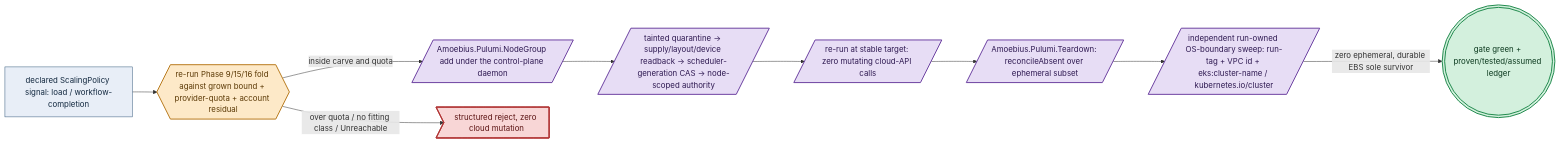
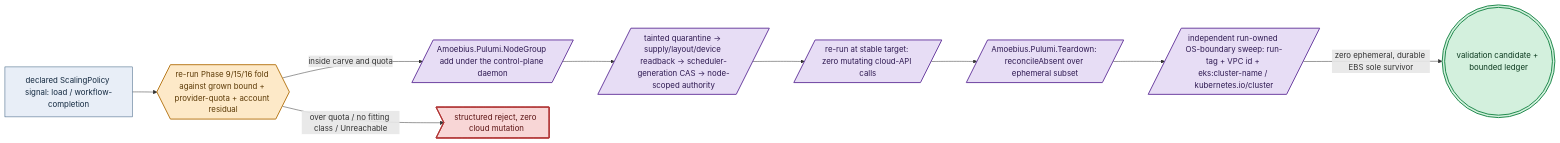
The diagram in DEVELOPMENT_PLAN/phase_79_provider_dynamic_nodes.md (Tuee22/amoebius), drawn with Mermaid before and after one commit. The commit also changed other lines of this file and 219 other files, not shown here.

````diff
--- a/DEVELOPMENT_PLAN/phase_79_provider_dynamic_nodes.md
+++ b/DEVELOPMENT_PLAN/phase_79_provider_dynamic_nodes.md
@@ -134,17 +102,17 @@
 ```mermaid
 flowchart LR
 %% register: algebra
   signal["declared ScalingPolicy signal: load / workflow-completion"]:::intent --> fold{{"re-run Phase 9/15/16 fold against grown bound + provider-quota + account residual"}}:::gate
   fold -->|inside carve and quota| enact[/"Amoebius.Pulumi.NodeGroup add under the control-plane daemon"/]:::effect
   fold -->|over quota / no fitting class / Unreachable| refuse>"structured reject, zero cloud mutation"]:::refuse
   enact --> join[/"tainted quarantine → supply/layout/device readback → scheduler-generation CAS → node-scoped authority"/]:::effect
   join --> noop[/"re-run at stable target: zero mutating cloud-API calls"/]:::effect
   noop --> teardown[/"Amoebius.Pulumi.Teardown: reconcileAbsent over ephemeral subset"/]:::effect
   teardown --> sweep[/"independent run-owned OS-boundary sweep: run-tag + VPC id + eks:cluster-name / kubernetes.io/cluster"/]:::effect
-  sweep -->|zero ephemeral, durable EBS sole survivor| green((("gate green + proven/tested/assumed ledger"))):::seal
+  sweep -->|zero ephemeral, durable EBS sole survivor| candidate((("validation candidate + bounded ledger"))):::seal
   classDef intent   fill:#e8eef7,stroke:#33587a,color:#12283f,stroke-width:1px
   classDef gate     fill:#fde9c8,stroke:#b8791b,color:#5c3a06,stroke-width:2px
   classDef effect   fill:#e7ddf5,stroke:#6b3fa0,color:#2f1a52,stroke-width:2px
   classDef refuse   fill:#f8d6d6,stroke:#b23636,color:#5c1414,stroke-width:2px
   classDef seal     fill:#d3f0dd,stroke:#1f8a4c,color:#0c3a1f,stroke-width:2px
 ```
````
